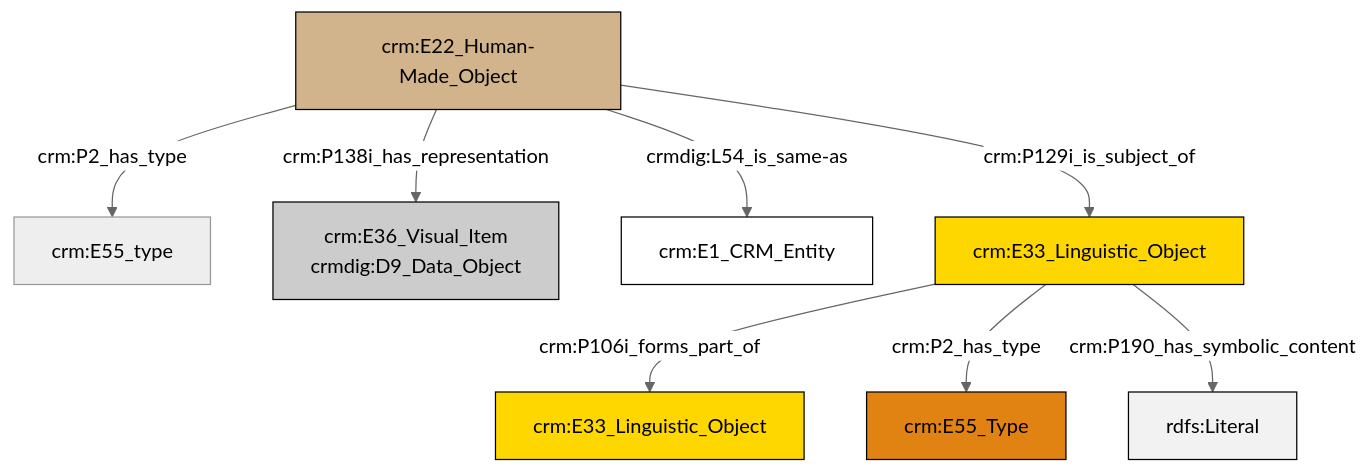
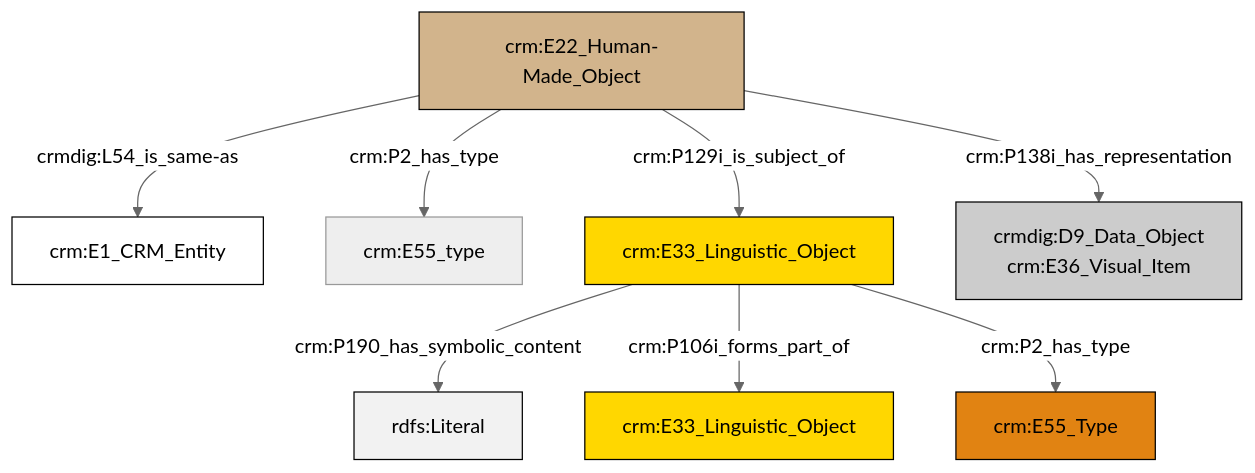
One commit to swiss-art-research-net/reference-data-models changed the diagram in et/artworkCSV/ttl/mmd/Artwork_Documentation.ttl.mmd. Above: the diagram before and after it, drawn with Mermaid (neutral theme). The commit also changed 126 other files, not shown here.

```diff
--- a/et/artworkCSV/ttl/mmd/Artwork_Documentation.ttl.mmd
+++ b/et/artworkCSV/ttl/mmd/Artwork_Documentation.ttl.mmd
@@ -1,22 +1,22 @@
 graph TD
 classDef Literal fill:#f2f2f2,stroke:#000000;
 classDef CRM_Entity fill:#FFFFFF,stroke:#000000;
 classDef Temporal_Entity fill:#00C9E6, stroke:#000000;
 classDef Type fill:#E18312, stroke:#000000;
 classDef Time-Span fill:#2C9C91, stroke:#000000;
 classDef Appellation fill:#FFEB7F, stroke:#000000;
 classDef Place fill:#008836, stroke:#000000;
 classDef Persistent_Item fill:#B266B2, stroke:#000000;
 classDef Conceptual_Object fill:#FFD700, stroke:#000000;
 classDef Physical_Thing fill:#D2B48C, stroke:#000000;
 classDef Actor fill:#f58aad, stroke:#000000;
 classDef PC_Classes fill:#4ce600, stroke:#000000;
 classDef Multi fill:#cccccc,stroke:#000000;
 
-4["crm:E22_Human-Made_Object"]:::Physical_Thing -->|crm:P2_has_type| 0["crm:E55_type"]:::Default
-4["crm:E22_Human-Made_Object"]:::Physical_Thing -->|crm:P138i_has_representation| 5["crm:E36_Visual_Item<br>crmdig:D9_Data_Object"]:::Multi
-4["crm:E22_Human-Made_Object"]:::Physical_Thing -->|crmdig:L54_is_same-as| 7["crm:E1_CRM_Entity"]:::CRM_Entity
-11["crm:E33_Linguistic_Object"]:::Conceptual_Object -->|crm:P106i_forms_part_of| 9["crm:E33_Linguistic_Object"]:::Conceptual_Object
-11["crm:E33_Linguistic_Object"]:::Conceptual_Object -->|crm:P2_has_type| 2["crm:E55_Type"]:::Type
-11["crm:E33_Linguistic_Object"]:::Conceptual_Object -->|crm:P190_has_symbolic_content| 15[rdfs:Literal]:::Literal
-4["crm:E22_Human-Made_Object"]:::Physical_Thing -->|crm:P129i_is_subject_of| 11["crm:E33_Linguistic_Object"]:::Conceptual_Object
+2["crm:E22_Human-Made_Object"]:::Physical_Thing -->|crm:P2_has_type| 3["crm:E55_type"]:::Default
+4["crm:E33_Linguistic_Object"]:::Conceptual_Object -->|crm:P190_has_symbolic_content| 5[rdfs:Literal]:::Literal
+2["crm:E22_Human-Made_Object"]:::Physical_Thing -->|crm:P129i_is_subject_of| 4["crm:E33_Linguistic_Object"]:::Conceptual_Object
+2["crm:E22_Human-Made_Object"]:::Physical_Thing -->|crmdig:L54_is_same-as| 0["crm:E1_CRM_Entity"]:::CRM_Entity
+2["crm:E22_Human-Made_Object"]:::Physical_Thing -->|crm:P138i_has_representation| 12["crmdig:D9_Data_Object<br>crm:E36_Visual_Item"]:::Multi
+4["crm:E33_Linguistic_Object"]:::Conceptual_Object -->|crm:P106i_forms_part_of| 10["crm:E33_Linguistic_Object"]:::Conceptual_Object
+4["crm:E33_Linguistic_Object"]:::Conceptual_Object -->|crm:P2_has_type| 6["crm:E55_Type"]:::Type
```
